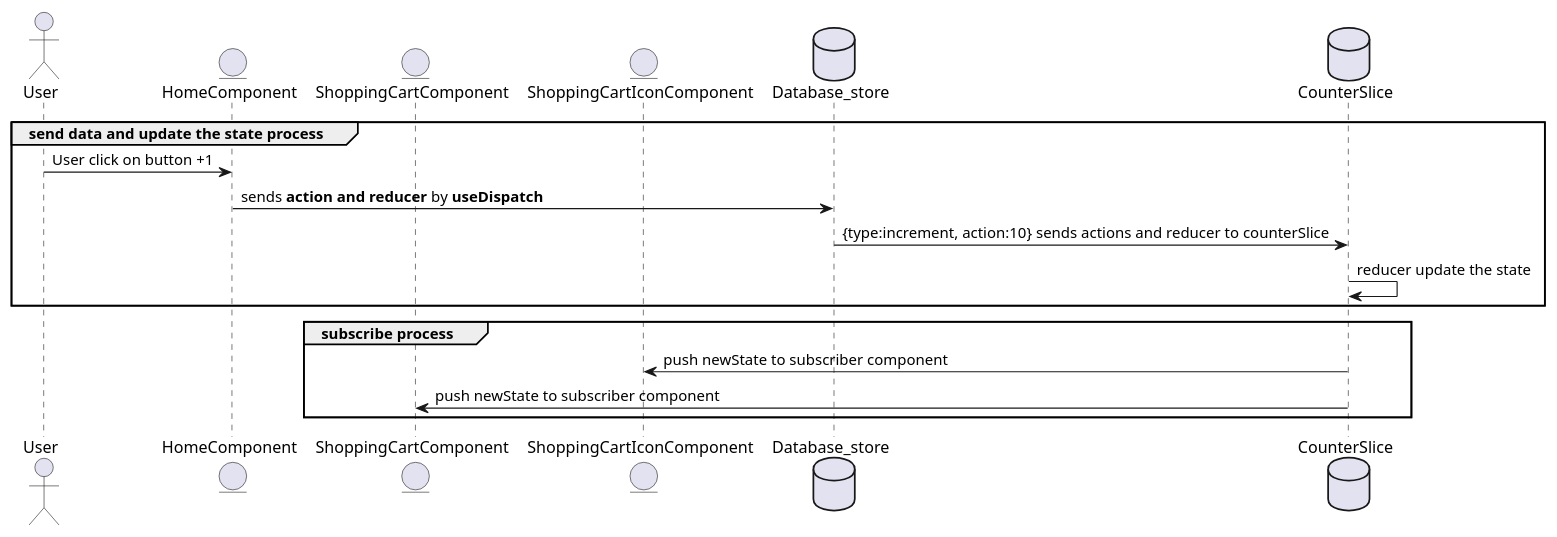
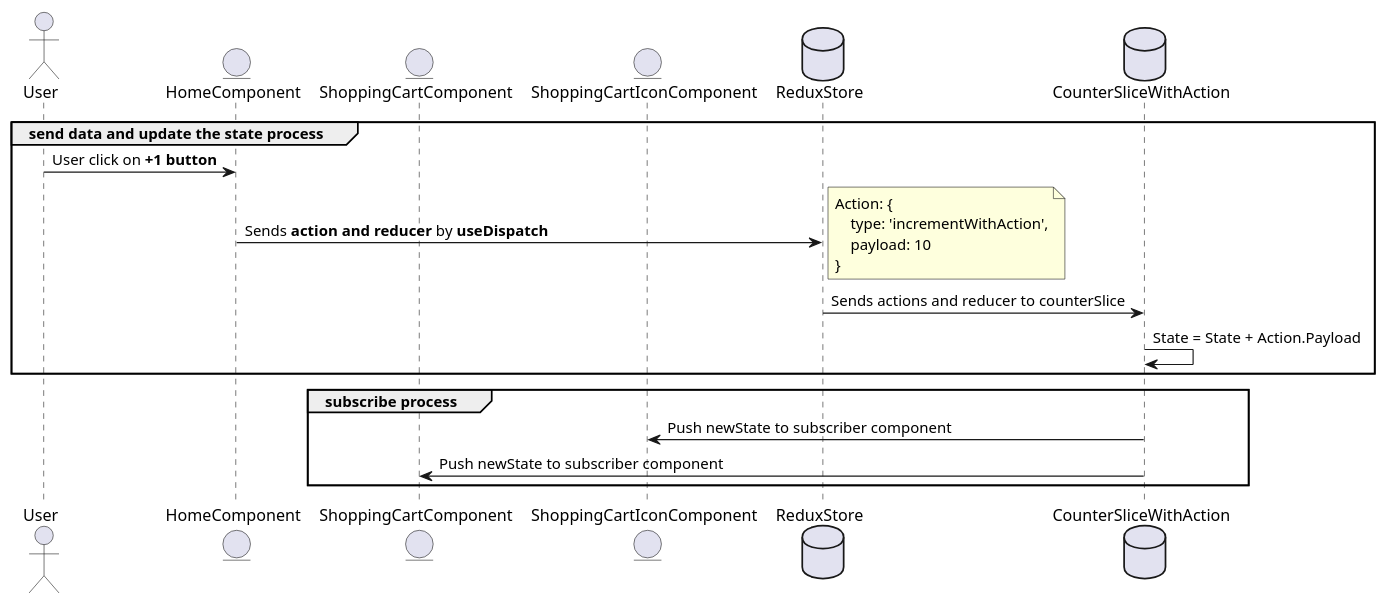
The diagram in docs/redux-toolkit-sequence-diagram.pu (somayehbd/redux-toolkit-sample-counter-app), drawn with PlantUML before and after one commit.

Commit message:
improve: updaetd fiagram

```diff
--- a/docs/redux-toolkit-sequence-diagram.pu
+++ b/docs/redux-toolkit-sequence-diagram.pu
@@ -1,20 +1,26 @@
 @startuml
 actor       User                        as user
 entity      HomeComponent               as homeComponent
 entity      ShoppingCartComponent       as ShoppingCart
 entity      ShoppingCartIconComponent   as ShoppingCartIcon
-database    Database_store              as database
-database    CounterSlice                as counterSlice
+database    ReduxStore                  as database
+database    CounterSliceWithAction      as counterSliceWithAction
 
 group send data and update the state process
-    user            -> homeComponent            : User click on button +1
-    homeComponent   -> database                 : sends **action and reducer** by **useDispatch**
-    database        -> counterSlice             : {type:increment, action:10} sends actions and reducer to counterSlice
-    counterSlice    -> counterSlice             : reducer update the state
+    user                        -> homeComponent            : User click on **+1 button**
+    homeComponent               -> database                 : Sends **action and reducer** by **useDispatch**
+    note right
+        Action: {
+            type: 'incrementWithAction',
+            payload: 10
+        }
+    end note
+    database                    -> counterSliceWithAction   : Sends actions and reducer to counterSlice
+    counterSliceWithAction      -> counterSliceWithAction   : State = State + Action.Payload
 end
 
 group subscribe process
-    counterSlice    -> ShoppingCartIcon         : push newState to subscriber component
-    counterSlice    -> ShoppingCart             : push newState to subscriber component
+    counterSliceWithAction      -> ShoppingCartIcon         : Push newState to subscriber component
+    counterSliceWithAction      -> ShoppingCart             : Push newState to subscriber component
 end
 @enduml
```
